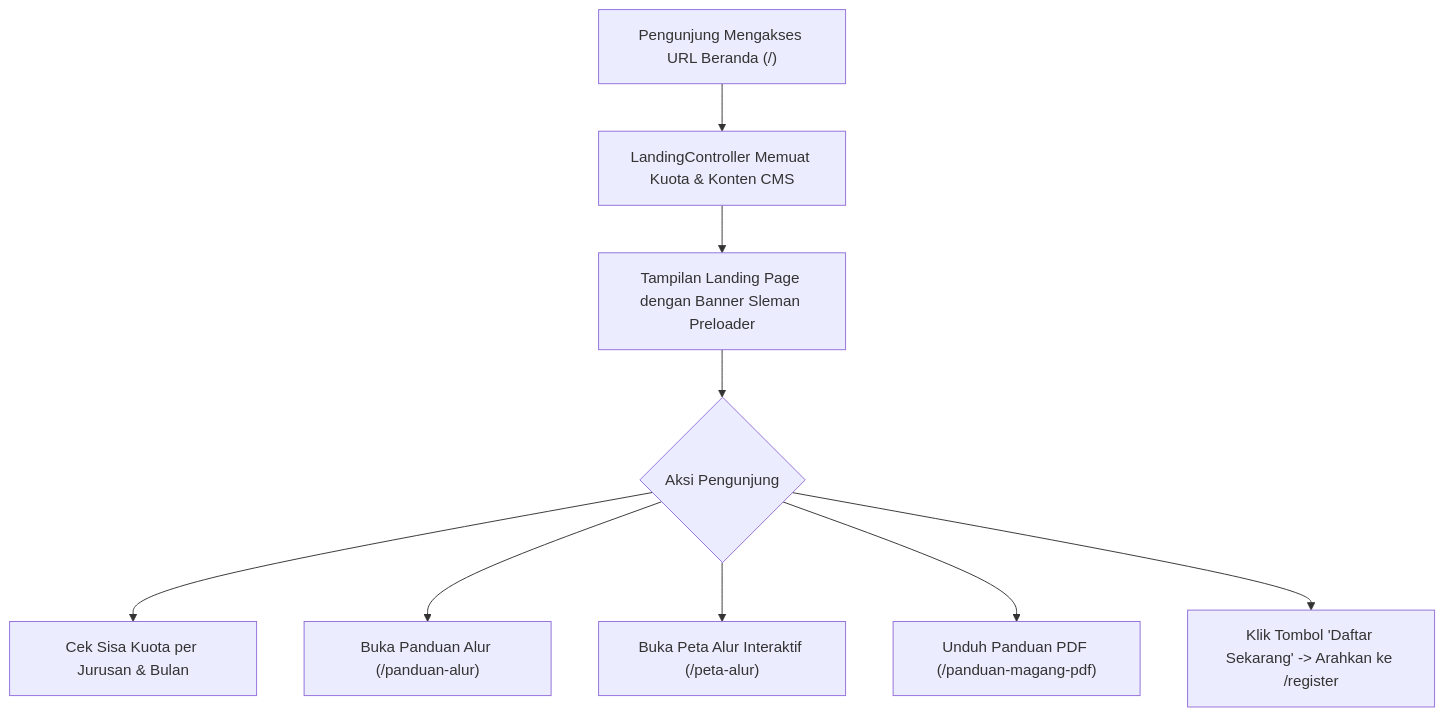
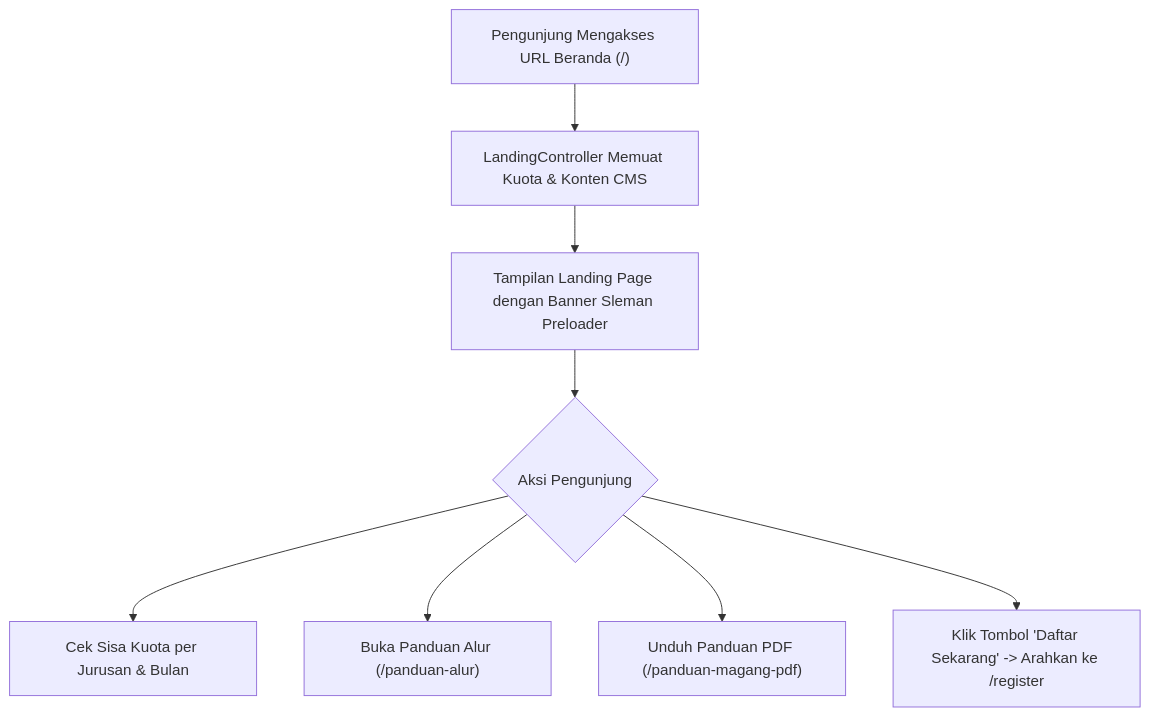
The diagram in docs/features/public-portal.md (EvilAekt/MAGKOM), drawn with Mermaid before and after one commit. The commit also changed other lines of this file and 15 other files, not shown here.

````diff
--- a/docs/features/public-portal.md
+++ b/docs/features/public-portal.md
@@ -37,11 +37,10 @@
 ```mermaid
 flowchart TD
     A["Pengunjung Mengakses URL Beranda (/)"] --> B["LandingController Memuat Kuota & Konten CMS"]
     B --> C["Tampilan Landing Page dengan Banner Sleman Preloader"]
     C --> D{"Aksi Pengunjung"}
     D --> E["Cek Sisa Kuota per Jurusan & Bulan"]
     D --> F["Buka Panduan Alur (/panduan-alur)"]
-    D --> G["Buka Peta Alur Interaktif (/peta-alur)"]
     D --> H["Unduh Panduan PDF (/panduan-magang-pdf)"]
     D --> I["Klik Tombol 'Daftar Sekarang' -> Arahkan ke /register"]
 ```
````
